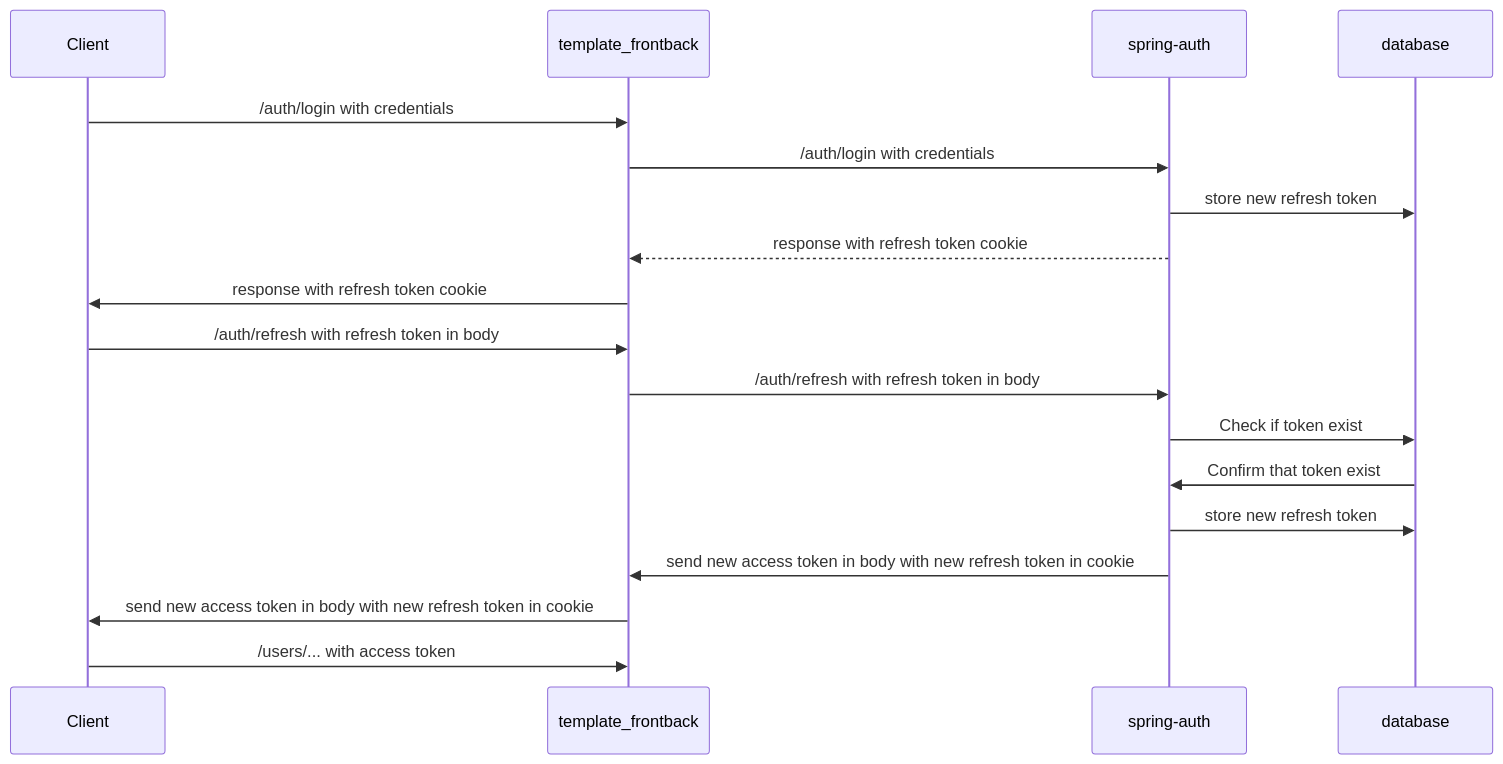
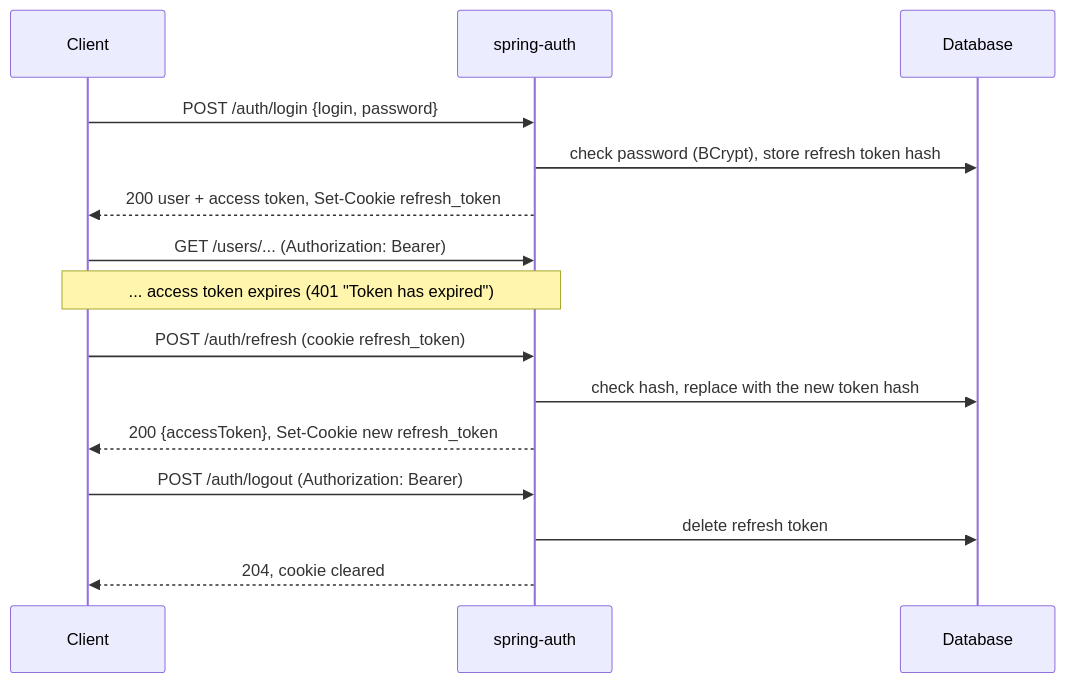
The third of 4 diagrams in docs/process-documentation.md (OrifInformatique/spring-auth), drawn with Mermaid before and after one commit. The commit also changed other lines of this file and 5 other files, not shown here.

````diff
--- a/docs/process-documentation.md
+++ b/docs/process-documentation.md
@@ -257,21 +213,21 @@
 ```mermaid
 sequenceDiagram
     participant Client
-    participant template_frontback
     participant spring-auth
-    participant database
+    participant Database
 
-    Client->>template_frontback: /auth/login with credentials
-    template_frontback->>spring-auth: /auth/login with credentials
-    spring-auth->>database: store new refresh token
-    spring-auth-->>template_frontback: response with refresh token cookie
-    template_frontback->>Client: response with refresh token cookie
-    Client->>template_frontback: /auth/refresh with refresh token in body
-    template_frontback->>spring-auth: /auth/refresh with refresh token in body
-    spring-auth->>database: Check if token exist
-    database->>spring-auth: Confirm that token exist
-    spring-auth->>database: store new refresh token
-    spring-auth->>template_frontback: send new access token in body with new refresh token in cookie
-    template_frontback->>Client: send new access token in body with new refresh token in cookie
-    Client->>template_frontback: /users/... with access token
+    Client->>spring-auth: POST /auth/login {login, password}
+    spring-auth->>Database: check password (BCrypt), store refresh token hash
+    spring-auth-->>Client: 200 user + access token, Set-Cookie refresh_token
+
+    Client->>spring-auth: GET /users/... (Authorization: Bearer)
+    Note over Client,spring-auth: ... access token expires (401 "Token has expired")
+
+    Client->>spring-auth: POST /auth/refresh (cookie refresh_token)
+    spring-auth->>Database: check hash, replace with the new token hash
+    spring-auth-->>Client: 200 {accessToken}, Set-Cookie new refresh_token
+
+    Client->>spring-auth: POST /auth/logout (Authorization: Bearer)
+    spring-auth->>Database: delete refresh token
+    spring-auth-->>Client: 204, cookie cleared
 ```
````
